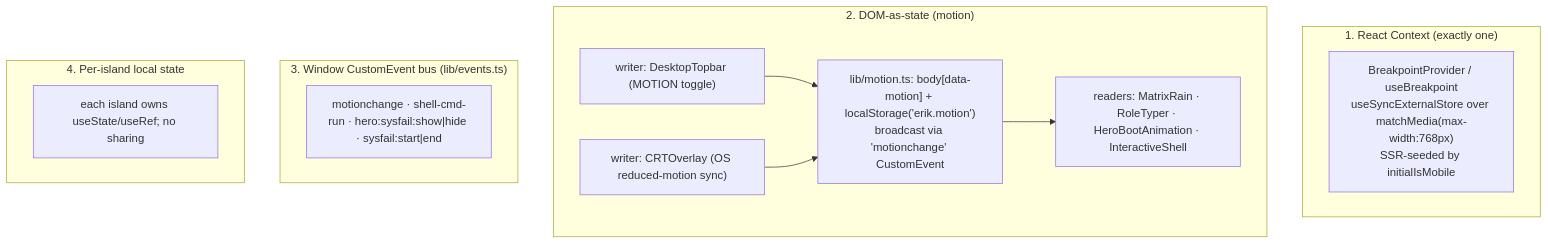
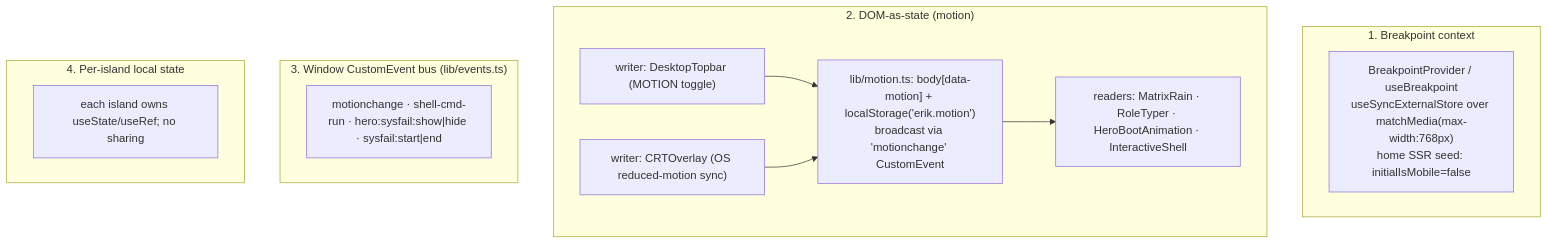
One commit to erikunha/portfolio changed the second of 2 diagrams in docs/04-components-and-state.md. Above: the diagram before and after it, drawn with Mermaid. The commit also changed other lines of this file and 14 other files, not shown here.

First line of the commit message:
docs(architecture): redraw diagrams for the terminal-module homepage

````diff
--- a/docs/04-components-and-state.md
+++ b/docs/04-components-and-state.md
@@ -82,18 +84,18 @@
 ```mermaid
 flowchart TD
-    subgraph ctx["1. React Context (exactly one)"]
-        bp["BreakpointProvider / useBreakpoint<br/>useSyncExternalStore over matchMedia(max-width:768px)<br/>SSR-seeded by initialIsMobile"]
+    subgraph ctx["1. Breakpoint context"]
+        bp["BreakpointProvider / useBreakpoint<br/>useSyncExternalStore over matchMedia(max-width:768px)<br/>home SSR seed: initialIsMobile=false"]
     end
     subgraph dom["2. DOM-as-state (motion)"]
         motion["lib/motion.ts: body[data-motion] + localStorage('erik.motion')<br/>broadcast via 'motionchange' CustomEvent"]
         w1["writer: DesktopTopbar (MOTION toggle)"] --> motion
         w2["writer: CRTOverlay (OS reduced-motion sync)"] --> motion
         motion --> r1["readers: MatrixRain · RoleTyper · HeroBootAnimation · InteractiveShell"]
     end
     subgraph bus["3. Window CustomEvent bus (lib/events.ts)"]
         ev["motionchange · shell-cmd-run · hero:sysfail:show|hide · sysfail:start|end"]
     end
     subgraph local["4. Per-island local state"]
         li["each island owns useState/useRef; no sharing"]
     end
 ```
````
